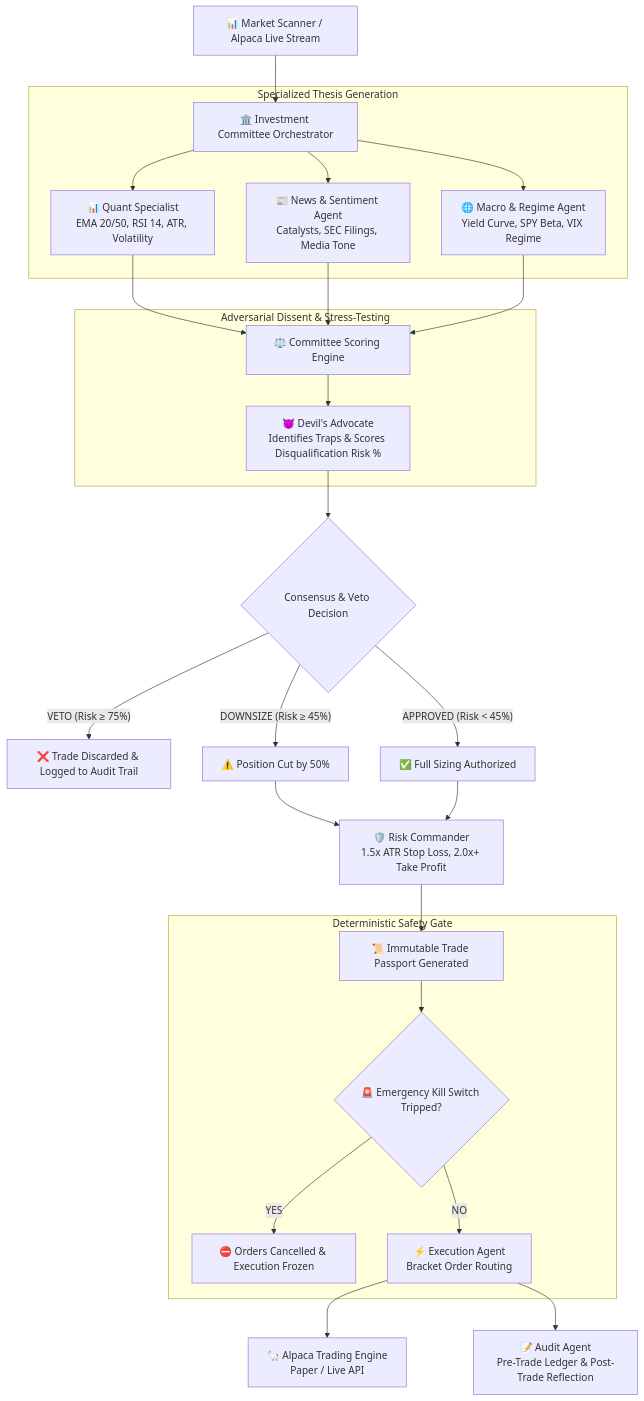
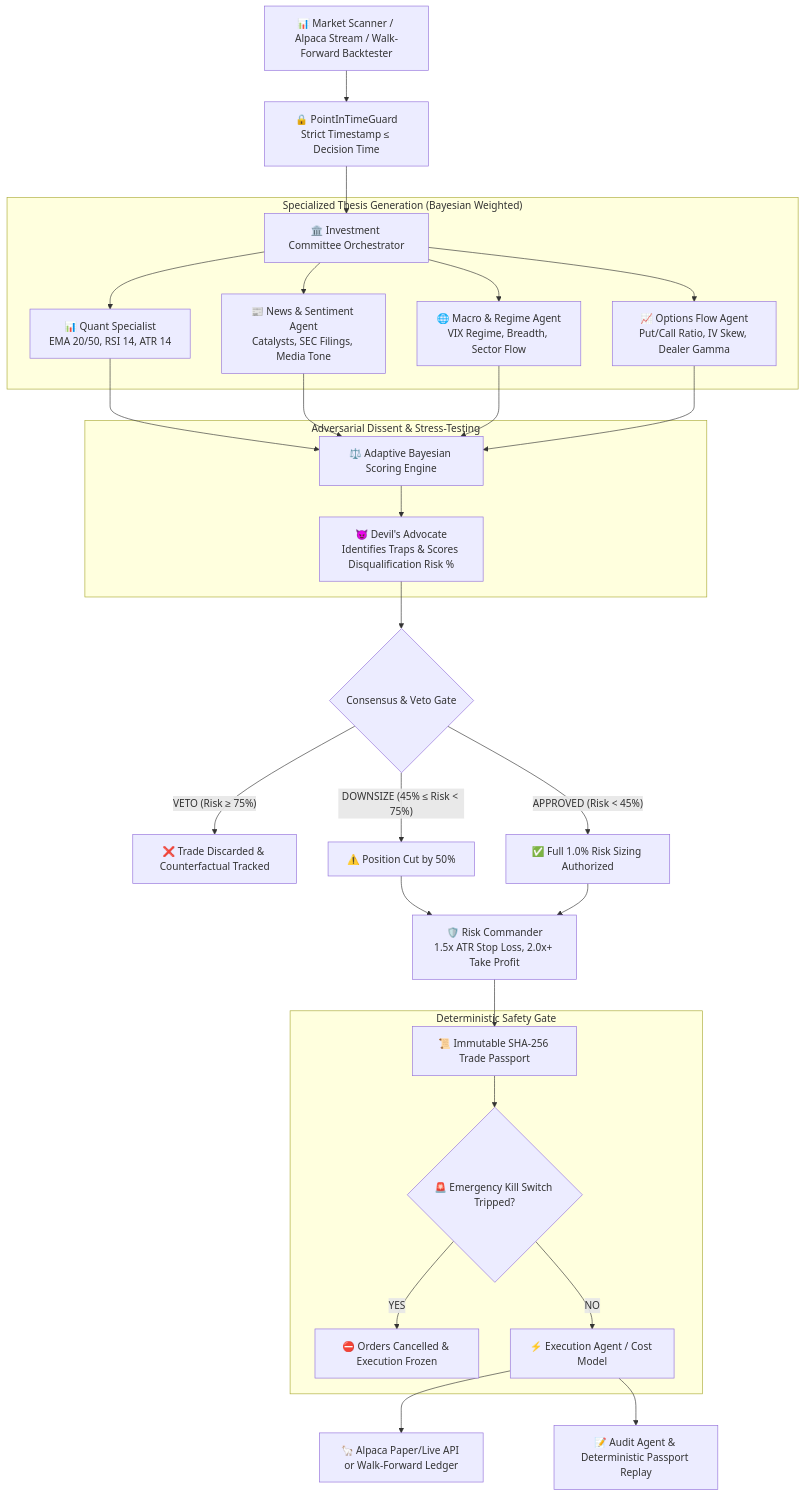
The diagram in README.md (codesphere-u/ARGUS-AI), drawn with Mermaid before and after one commit. The commit also changed other lines of this file and 15 other files, not shown here.

Commit message:
feat(v2.1): add deterministic walk-forward backtester, point-in-time guard, passport replay, CI & docs

````diff
--- a/README.md
+++ b/README.md
@@ -27,38 +30,41 @@
 ```mermaid
 graph TD
-    Market[📊 Market Scanner / Alpaca Live Stream] --> Committee[🏛️ Investment Committee Orchestrator]
+    Market[📊 Market Scanner / Alpaca Stream / Walk-Forward Backtester] --> PIT[🔒 PointInTimeGuard<br/>Strict Timestamp &le; Decision Time]
+    PIT --> Committee[🏛️ Investment Committee Orchestrator]
     
-    subgraph "Specialized Thesis Generation"
-        Committee --> Quant[📊 Quant Specialist<br/>EMA 20/50, RSI 14, ATR, Volatility]
+    subgraph "Specialized Thesis Generation (Bayesian Weighted)"
+        Committee --> Quant[📊 Quant Specialist<br/>EMA 20/50, RSI 14, ATR 14]
         Committee --> News[📰 News & Sentiment Agent<br/>Catalysts, SEC Filings, Media Tone]
-        Committee --> Macro[🌐 Macro & Regime Agent<br/>Yield Curve, SPY Beta, VIX Regime]
+        Committee --> Macro[🌐 Macro & Regime Agent<br/>VIX Regime, Breadth, Sector Flow]
+        Committee --> Options[📈 Options Flow Agent<br/>Put/Call Ratio, IV Skew, Dealer Gamma]
     end
 
-    Quant --> Deliberation[⚖️ Committee Scoring Engine]
+    Quant --> Deliberation[⚖️ Adaptive Bayesian Scoring Engine]
     News --> Deliberation
     Macro --> Deliberation
+    Options --> Deliberation
 
     subgraph "Adversarial Dissent & Stress-Testing"
         Deliberation --> DA[😈 Devil's Advocate<br/>Identifies Traps & Scores Disqualification Risk %]
     end
 
-    DA --> Consensus{Consensus & Veto Decision}
+    DA --> Consensus{Consensus & Veto Gate}
     
-    Consensus -- "VETO (Risk &ge; 75%)" --> AuditVeto[❌ Trade Discarded & Logged to Audit Trail]
-    Consensus -- "DOWNSIZE (Risk &ge; 45%)" --> RiskDownsize[⚠️ Position Cut by 50%]
-    Consensus -- "APPROVED (Risk < 45%)" --> RiskFull[✅ Full Sizing Authorized]
+    Consensus -- "VETO (Risk &ge; 75%)" --> AuditVeto[❌ Trade Discarded & Counterfactual Tracked]
+    Consensus -- "DOWNSIZE (45% &le; Risk < 75%)" --> RiskDownsize[⚠️ Position Cut by 50%]
+    Consensus -- "APPROVED (Risk < 45%)" --> RiskFull[✅ Full 1.0% Risk Sizing Authorized]
 
     RiskDownsize --> RiskCmd[🛡️ Risk Commander<br/>1.5x ATR Stop Loss, 2.0x+ Take Profit]
     RiskFull --> RiskCmd
 
-    RiskCmd --> Passport[📜 Immutable Trade Passport Generated]
+    RiskCmd --> Passport[📜 Immutable SHA-256 Trade Passport]
     
     subgraph "Deterministic Safety Gate"
         Passport --> KillCheck{🚨 Emergency Kill Switch Tripped?}
         KillCheck -- "YES" --> Halt[⛔ Orders Cancelled & Execution Frozen]
-        KillCheck -- "NO" --> Exec[⚡ Execution Agent<br/>Bracket Order Routing]
+        KillCheck -- "NO" --> Exec[⚡ Execution Agent / Cost Model]
     end
 
-    Exec --> Alpaca[🦙 Alpaca Trading Engine<br/>Paper / Live API]
-    Exec --> Audit[📝 Audit Agent<br/>Pre-Trade Ledger & Post-Trade Reflection]
+    Exec --> Alpaca[🦙 Alpaca Paper/Live API or Walk-Forward Ledger]
+    Exec --> Audit[📝 Audit Agent & Deterministic Passport Replay]
 ```
````
